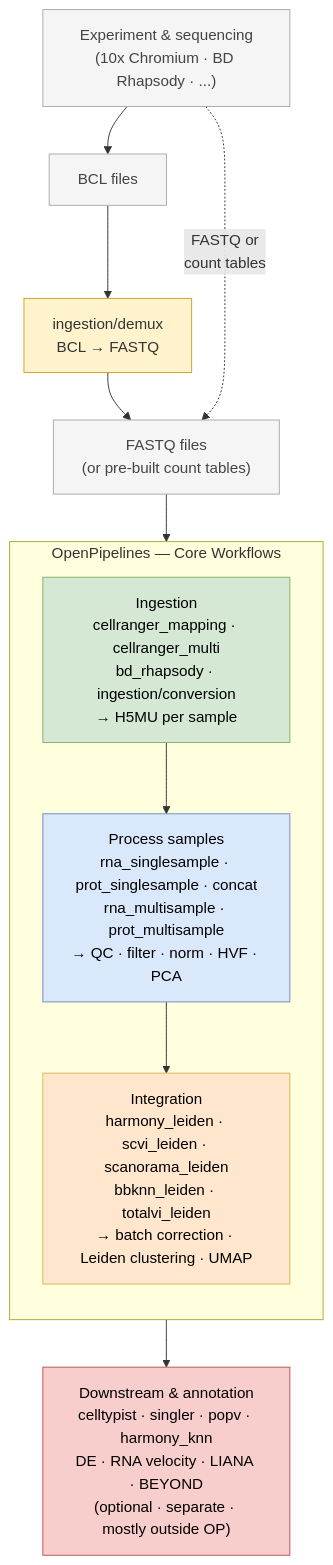
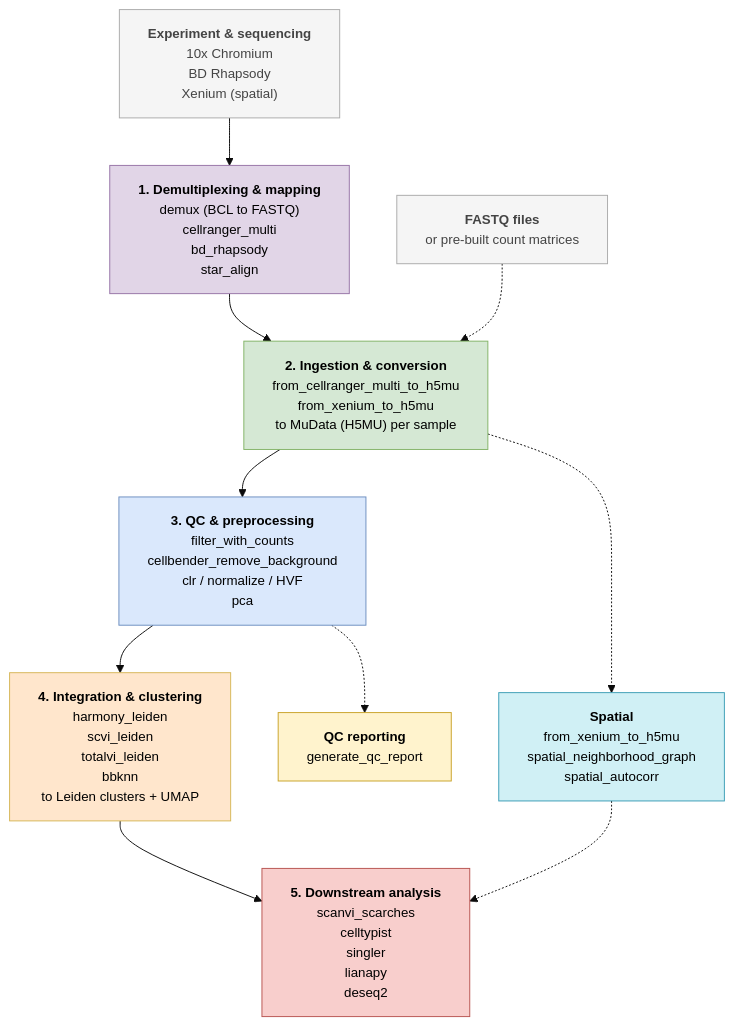
The diagram in fundamentals/architecture.qmd (openpipelines-bio/website), drawn with Mermaid before and after one commit. The commit also changed other lines of this file and 2 other files, not shown here.

Commit message:
paste style/figures from the manuscrip into the website

````diff
--- a/fundamentals/architecture.qmd
+++ b/fundamentals/architecture.qmd
@@ -9,33 +9,32 @@
 ```{mermaid}
 %%| label: fig-architecture
-%%| fig-cap: "Overview of a single-cell project. Demultiplexing and downstream analyses sit outside the OpenPipelines core; ingestion, sample processing, and integration are handled by OpenPipelines core workflows."
+%%| fig-width: 7
+%%| fig-cap: "Overview of the OpenPipelines architecture. A single-cell dataset flows through five pipeline stages — demultiplexing & mapping, ingestion & conversion, QC & preprocessing, integration & clustering, and downstream analysis — starting from raw experimental data (grey). Data can enter either as raw FASTQ (after demultiplexing) or as pre-built count matrices. Cross-cutting QC reporting and the spatial branch feed off the core flow."
+%%{init: {"theme":"base", "themeVariables":{"fontSize":"14px"}}}%%
 flowchart TD
   classDef external fill:#f5f5f5,stroke:#aaaaaa,color:#444
-  classDef prewf   fill:#fff3cd,stroke:#c9a227,color:#333
+  classDef map     fill:#e1d5e7,stroke:#9673a6,color:#000
   classDef ingest  fill:#d5e8d4,stroke:#82b366,color:#000
   classDef process fill:#dae8fc,stroke:#6c8ebf,color:#000
   classDef integ   fill:#ffe6cc,stroke:#d6b656,color:#000
   classDef down    fill:#f8cecc,stroke:#b85450,color:#000
+  classDef spatial fill:#d0f0f5,stroke:#3a9db5,color:#000
+  classDef qc      fill:#fff3cd,stroke:#c9a227,color:#000
 
-  wetlab["Experiment & sequencing\n(10x Chromium · BD Rhapsody · ...)"]:::external
-  bcl["BCL files"]:::external
-  demux["ingestion/demux\nBCL → FASTQ"]:::prewf
-  fastq["FASTQ files\n(or pre-built count tables)"]:::external
+  wetlab["<b>Experiment &amp; sequencing</b><br>10x Chromium<br>BD Rhapsody<br>Xenium (spatial)"]:::external
+  fastq["<b>FASTQ files</b><br>or pre-built count matrices"]:::external
 
-  subgraph OP["  OpenPipelines — Core Workflows  "]
-    direction TB
-    ingest["Ingestion\ncellranger_mapping · cellranger_multi\nbd_rhapsody · ingestion/conversion\n→ H5MU per sample"]:::ingest
-    process["Process samples\nrna_singlesample · prot_singlesample · concat\nrna_multisample · prot_multisample\n→ QC · filter · norm · HVF · PCA"]:::process
-    integ["Integration\nharmony_leiden · scvi_leiden · scanorama_leiden\nbbknn_leiden · totalvi_leiden\n→ batch correction · Leiden clustering · UMAP"]:::integ
-  end
+  map["<b>1. Demultiplexing &amp; mapping</b><br>demux (BCL to FASTQ)<br>cellranger_multi<br>bd_rhapsody<br>star_align"]:::map
+  ingest["<b>2. Ingestion &amp; conversion</b><br>from_cellranger_multi_to_h5mu<br>from_xenium_to_h5mu<br>to MuData (H5MU) per sample"]:::ingest
+  process["<b>3. QC &amp; preprocessing</b><br>filter_with_counts<br>cellbender_remove_background<br>clr / normalize / HVF<br>pca"]:::process
+  integ["<b>4. Integration &amp; clustering</b><br>harmony_leiden<br>scvi_leiden<br>totalvi_leiden<br>bbknn<br>to Leiden clusters + UMAP"]:::integ
+  down["<b>5. Downstream analysis</b><br>scanvi_scarches<br>celltypist<br>singler<br>lianapy<br>deseq2"]:::down
+  qcreport["<b>QC reporting</b><br>generate_qc_report"]:::qc
+  spatial["<b>Spatial</b><br>from_xenium_to_h5mu<br>spatial_neighborhood_graph<br>spatial_autocorr"]:::spatial
 
-  downstream["Downstream & annotation\ncelltypist · singler · popv · harmony_knn\nDE · RNA velocity · LIANA · BEYOND\n(optional · separate · mostly outside OP)"]:::down
-
-  wetlab --> bcl
-  bcl --> demux --> fastq
-  wetlab -.->|"FASTQ or\ncount tables"| fastq
-  fastq --> ingest
-  ingest --> process
-  process --> integ
-  integ --> downstream
+  wetlab --> map --> ingest --> process --> integ --> down
+  fastq -.-> ingest
+  process -.-> qcreport
+  ingest -.-> spatial
+  spatial -.-> down
 ```
````
